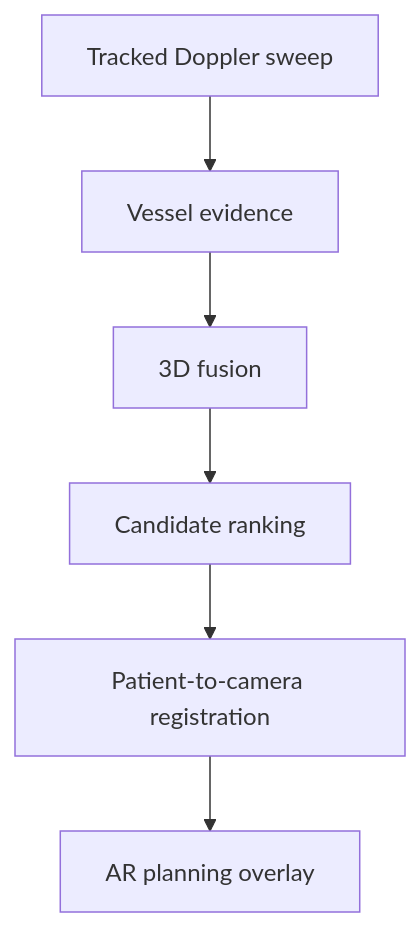
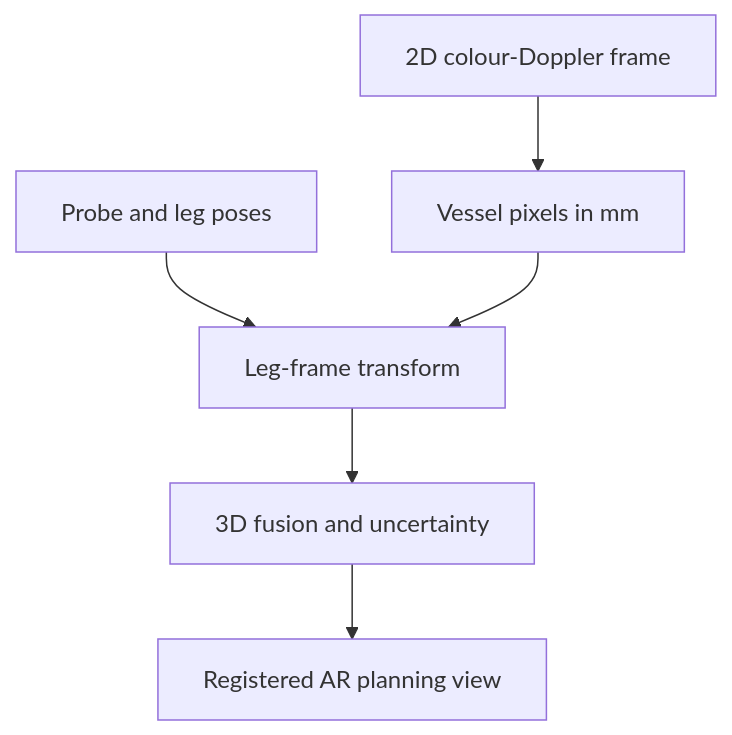
The diagram in README.md (eyasudesalegne/PerforaAR), drawn with Mermaid before and after one commit. The commit also changed other lines of this file and 17 other files, not shown here.

First line of the commit message:
feat: fix tracked 2D Doppler acquisition architecture

````diff
--- a/README.md
+++ b/README.md
@@ -29,8 +44,8 @@
 ```mermaid
 flowchart TD
-    A["Tracked Doppler sweep"] --> B["Vessel evidence"]
-    B --> C["3D fusion"]
-    C --> D["Candidate ranking"]
-    D --> E["Patient-to-camera registration"]
-    E --> F["AR planning overlay"]
+    A["2D colour-Doppler frame"] --> B["Vessel pixels in mm"]
+    C["Probe and leg poses"] --> D["Leg-frame transform"]
+    B --> D
+    D --> E["3D fusion and uncertainty"]
+    E --> F["Registered AR planning view"]
 ```
````
